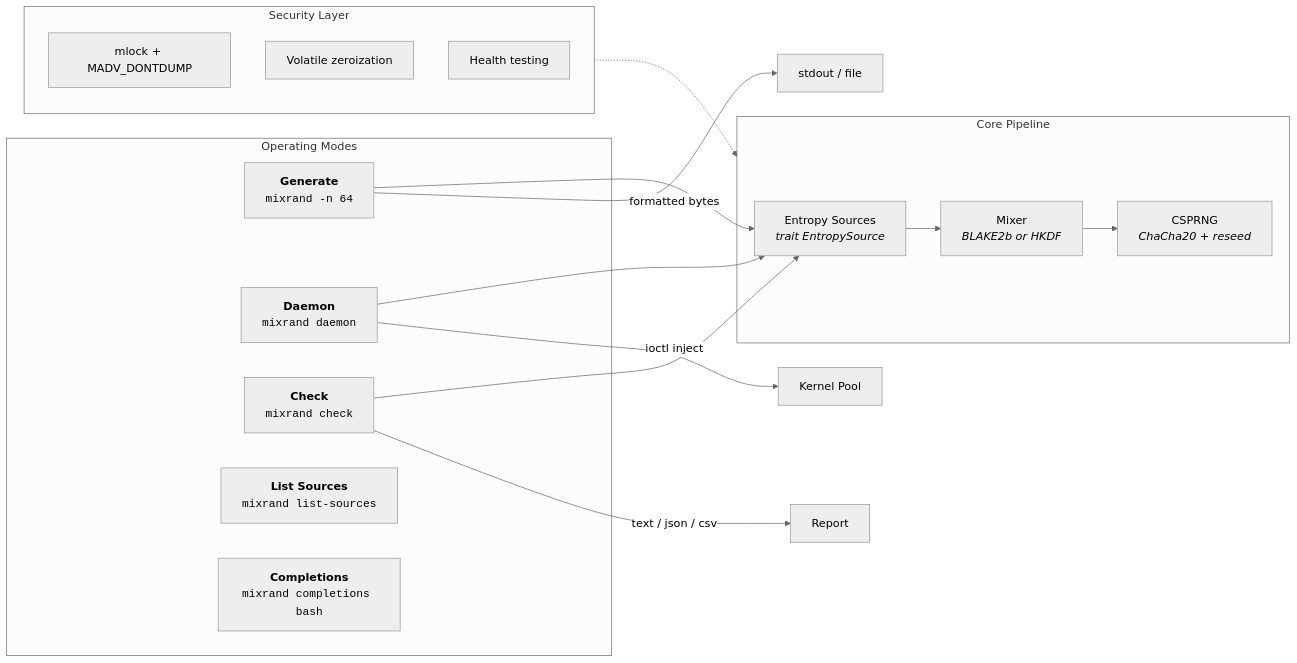
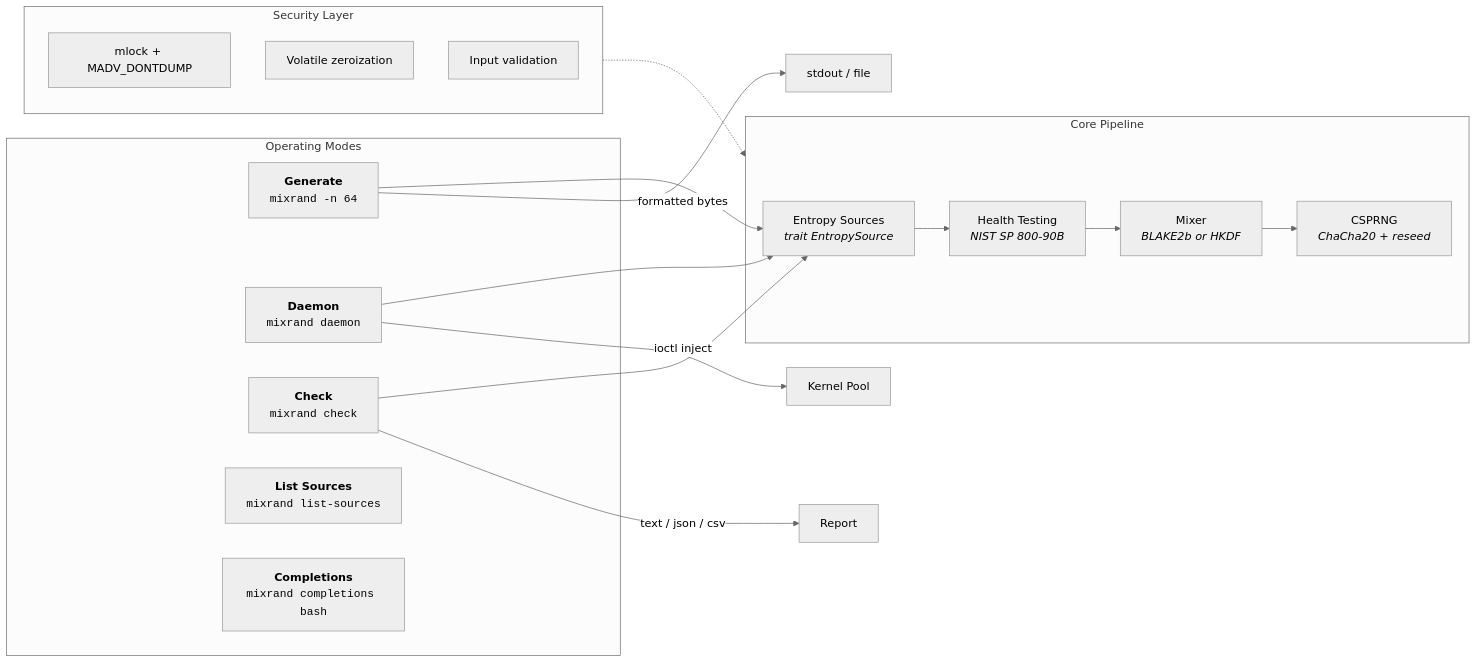
One commit to sonoransun/entropy-svc changed the first of 8 diagrams in README.md. Above: the diagram before and after it, drawn with Mermaid (neutral theme). The commit also changed other lines of this file and 16 other files, not shown here.

````diff
--- a/README.md
+++ b/README.md
@@ -20,32 +67,33 @@
 ```mermaid
 flowchart LR
     subgraph Modes["Operating Modes"]
         A["<b>Generate</b><br/><code>mixrand -n 64</code>"]
         B["<b>Daemon</b><br/><code>mixrand daemon</code>"]
         C["<b>Check</b><br/><code>mixrand check</code>"]
         D["<b>List Sources</b><br/><code>mixrand list-sources</code>"]
         E["<b>Completions</b><br/><code>mixrand completions bash</code>"]
     end
 
     subgraph Core["Core Pipeline"]
         F["Entropy Sources<br/><i>trait EntropySource</i>"]
-        G["Mixer<br/><i>BLAKE2b or HKDF</i>"]
-        H["CSPRNG<br/><i>ChaCha20 + reseed</i>"]
+        G["Health Testing<br/><i>NIST SP 800-90B</i>"]
+        H["Mixer<br/><i>BLAKE2b or HKDF</i>"]
+        I["CSPRNG<br/><i>ChaCha20 + reseed</i>"]
     end
 
     subgraph Security["Security Layer"]
-        I["mlock + MADV_DONTDUMP"]
-        J["Volatile zeroization"]
-        K["Health testing"]
+        J["mlock + MADV_DONTDUMP"]
+        K["Volatile zeroization"]
+        L["Input validation"]
     end
 
     A --> F
     B --> F
     C --> F
-    F --> G --> H
+    F --> G --> H --> I
     Security -.-> Core
 
-    A -- "formatted bytes" --> L["stdout / file"]
-    B -- "ioctl inject" --> M["Kernel Pool"]
-    C -- "text / json / csv" --> N["Report"]
+    A -- "formatted bytes" --> M["stdout / file"]
+    B -- "ioctl inject" --> N["Kernel Pool"]
+    C -- "text / json / csv" --> O["Report"]
 ```
````
